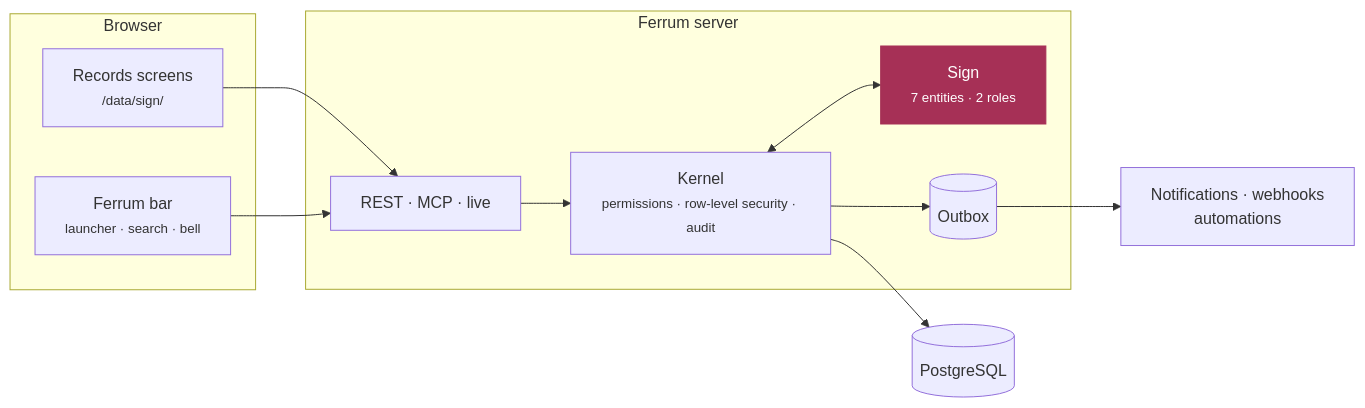
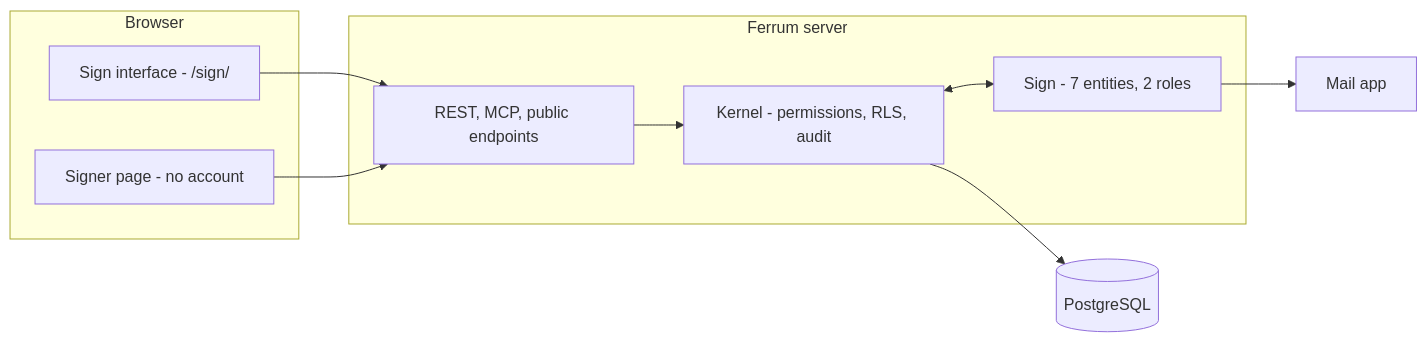
Before and after one commit to CBFerrum/ferrum-app-sign: the third of 3 diagrams in README.md, drawn with Mermaid. The commit also changed other lines of this file and 20 other files, not shown here.

First line of the commit message:
docs: end-to-end README with screenshots, features, comparison and roadmap

````diff
--- a/README.md
+++ b/README.md
@@ -156,21 +218,18 @@
 ```mermaid
 flowchart LR
     subgraph Browser
-        UI["Records screens<br/><small>/data/sign/</small>"]
-        BAR["Ferrum bar<br/><small>launcher · search · bell</small>"]
+        UI["Sign interface - /sign/"]
+        SG["Signer page - no account"]
     end
     subgraph Server["Ferrum server"]
-        API["REST · MCP · live"]
-        K["Kernel<br/><small>permissions · row-level security · audit</small>"]
-        APP["Sign<br/><small>7 entities · 2 roles</small>"]
-        OB[("Outbox")]
+        API["REST, MCP, public endpoints"]
+        K["Kernel - permissions, RLS, audit"]
+        APP["Sign - 7 entities, 2 roles"]
     end
     DB[("PostgreSQL")]
+    MAIL["Mail app"]
     UI --> API --> K --> DB
-    BAR --> API
+    SG --> API
     K <--> APP
-    K --> OB --> EV["Notifications · webhooks<br/>automations"]
-
-    classDef app fill:#a63056,color:#fff,stroke:#a63056
-    class APP app
+    APP --> MAIL
 ```
````
